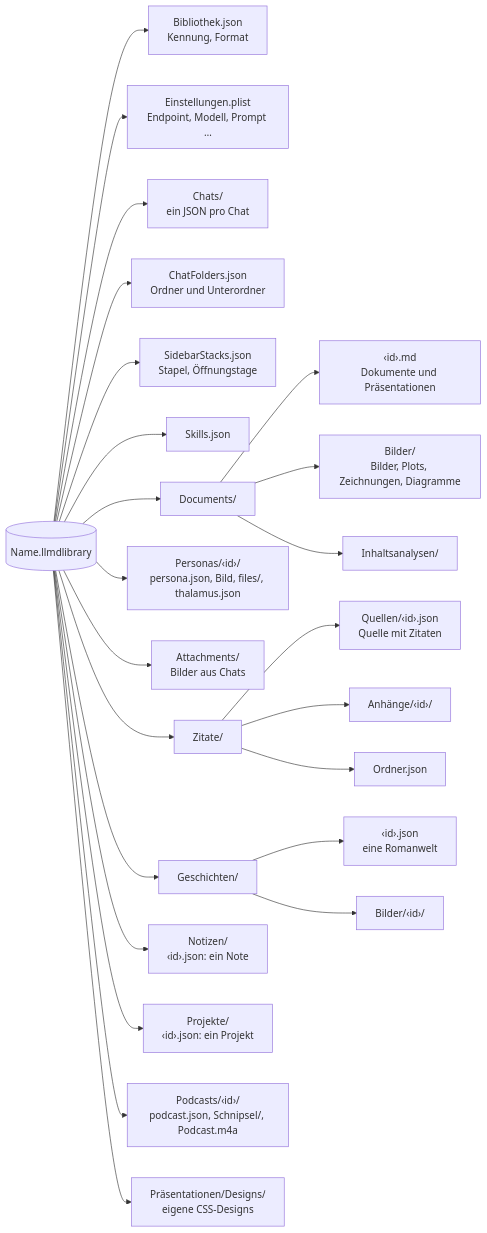
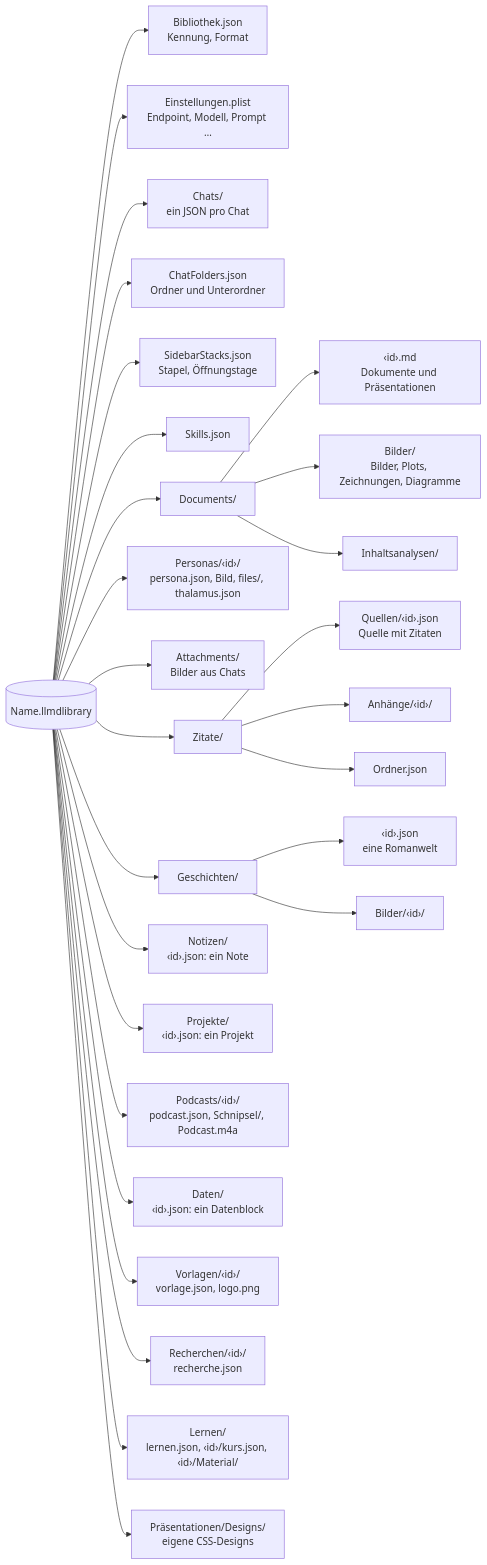
One commit to AlexEhrenberger/LLMDesigner changed the diagram in docs/speicherformate.md. Above: the diagram before and after it, drawn with Mermaid. The commit also changed other lines of this file and 65 other files, not shown here.

````diff
--- a/docs/speicherformate.md
+++ b/docs/speicherformate.md
@@ -14,26 +14,30 @@
 ```mermaid
 flowchart LR
     L[("Name.llmdlibrary")] --> B["Bibliothek.json<br/>Kennung, Format"]
     L --> E["Einstellungen.plist<br/>Endpoint, Modell, Prompt …"]
     L --> CH["Chats/<br/>ein JSON pro Chat"]
     L --> CF["ChatFolders.json<br/>Ordner und Unterordner"]
     L --> ST["SidebarStacks.json<br/>Stapel, Öffnungstage"]
     L --> SK["Skills.json"]
     L --> D["Documents/"]
     D --> DM["‹id›.md<br/>Dokumente und Präsentationen"]
     D --> BI["Bilder/<br/>Bilder, Plots, Zeichnungen, Diagramme"]
     D --> IA["Inhaltsanalysen/"]
     L --> PE["Personas/‹id›/<br/>persona.json, Bild, files/, thalamus.json"]
     L --> AT["Attachments/<br/>Bilder aus Chats"]
     L --> Z["Zitate/"]
     Z --> ZQ["Quellen/‹id›.json<br/>Quelle mit Zitaten"]
     Z --> ZA["Anhänge/‹id›/"]
     Z --> ZO["Ordner.json"]
     L --> G["Geschichten/"]
     G --> GW["‹id›.json<br/>eine Romanwelt"]
     G --> GB["Bilder/‹id›/"]
     L --> N["Notizen/<br/>‹id›.json: ein Note"]
     L --> PJ["Projekte/<br/>‹id›.json: ein Projekt"]
     L --> PO["Podcasts/‹id›/<br/>podcast.json, Schnipsel/, Podcast.m4a"]
+    L --> DA["Daten/<br/>‹id›.json: ein Datenblock"]
+    L --> VO["Vorlagen/‹id›/<br/>vorlage.json, logo.png"]
+    L --> RE["Recherchen/‹id›/<br/>recherche.json"]
+    L --> LE["Lernen/<br/>lernen.json, ‹id›/kurs.json, ‹id›/Material/"]
     L --> PD["Präsentationen/Designs/<br/>eigene CSS-Designs"]
 ```
````
